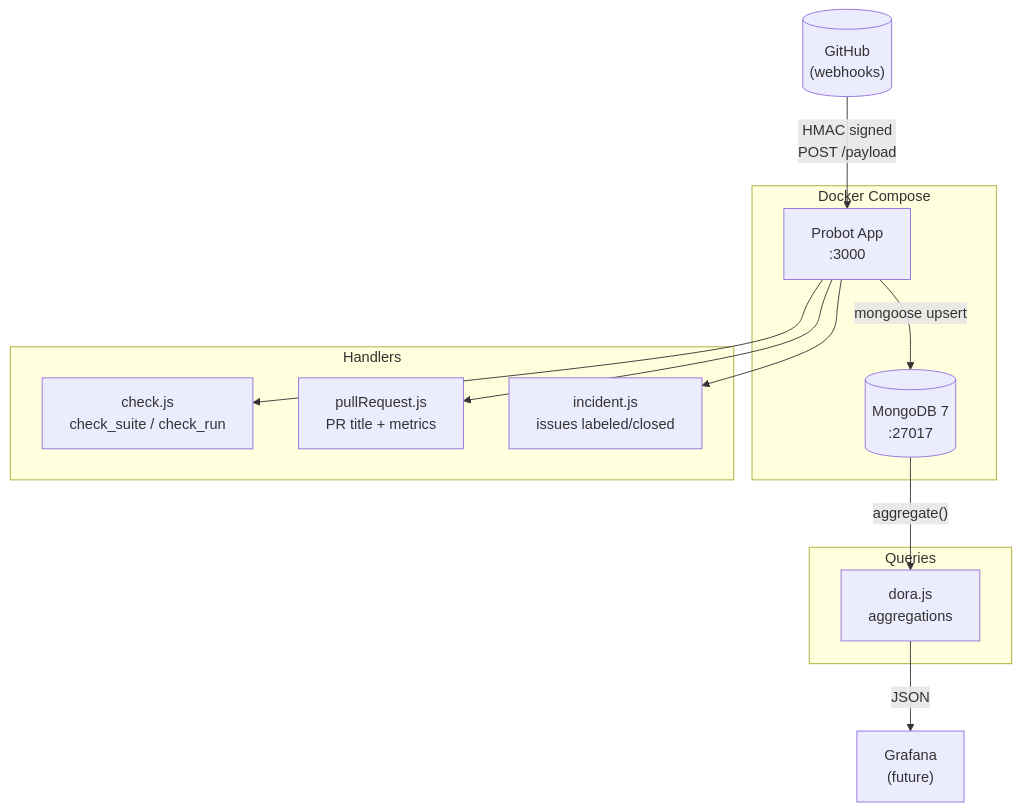
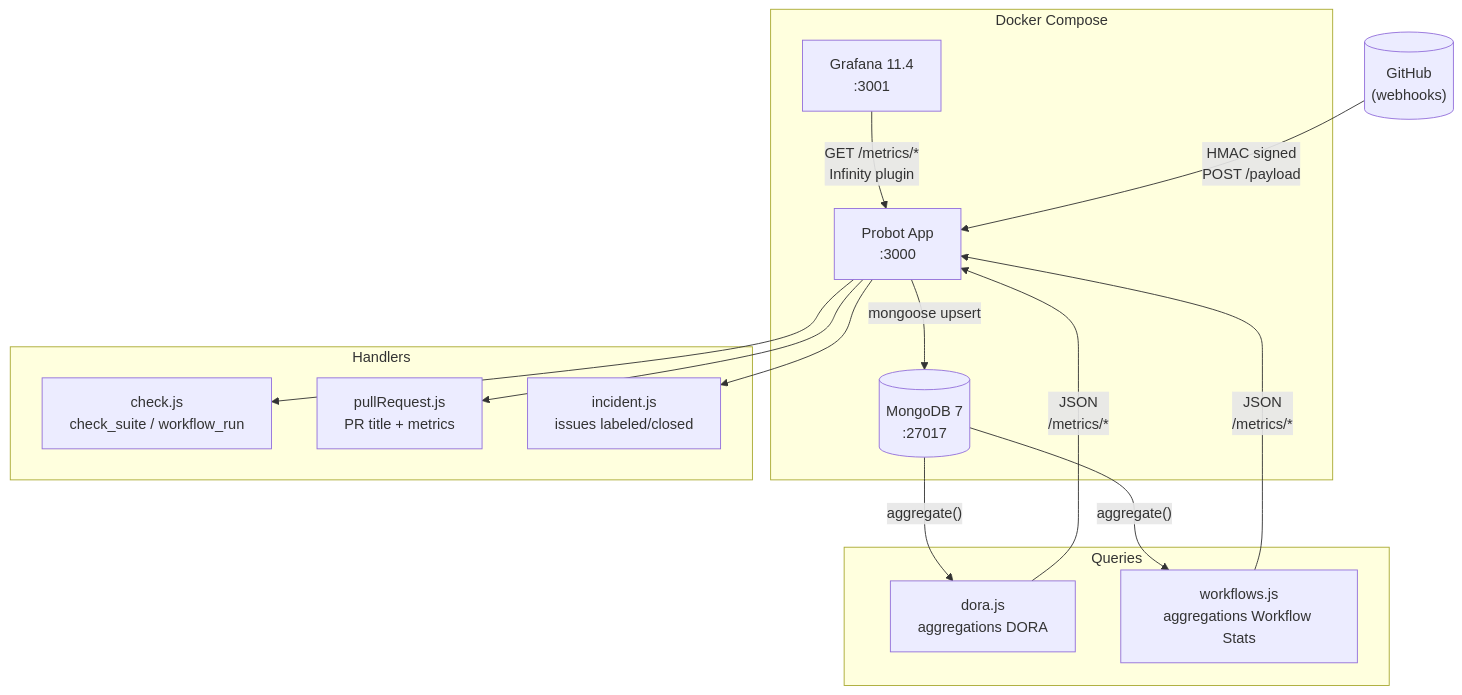
Before and after one commit to VanOps/git-bot: the first of 6 diagrams in README.md, drawn with Mermaid. The commit also changed other lines of this file and 6 other files, not shown here.

Commit message:
inlcude all workflows metrics

````diff
--- a/README.md
+++ b/README.md
@@ -28,26 +30,28 @@
 ```mermaid
 graph TB
     GH[("GitHub\n(webhooks)")]
 
     subgraph Docker Compose
         P["Probot App\n:3000"]
         M[("MongoDB 7\n:27017")]
+        G["Grafana 11.4\n:3001"]
         P -- "mongoose upsert" --> M
+        G -- "GET /metrics/*\nInfinity plugin" --> P
     end
 
     subgraph Handlers
-        CH["check.js\ncheck_suite / check_run"]
+        CH["check.js\ncheck_suite / workflow_run"]
         PR["pullRequest.js\nPR title + metrics"]
         IN["incident.js\nissues labeled/closed"]
     end
 
+    subgraph Queries
+        DQ["dora.js\naggregations DORA"]
+        WQ["workflows.js\naggregations Workflow Stats"]
+    end
+
     GH -- "HMAC signed\nPOST /payload" --> P
     P --> CH & PR & IN
-
-    subgraph Queries
-        DQ["dora.js\naggregations"]
-    end
-
-    M -- "aggregate()" --> DQ
-    DQ -- "JSON" --> GR["Grafana\n(future)"]
+    M -- "aggregate()" --> DQ & WQ
+    DQ & WQ -- "JSON\n/metrics/*" --> P
 ```
````
